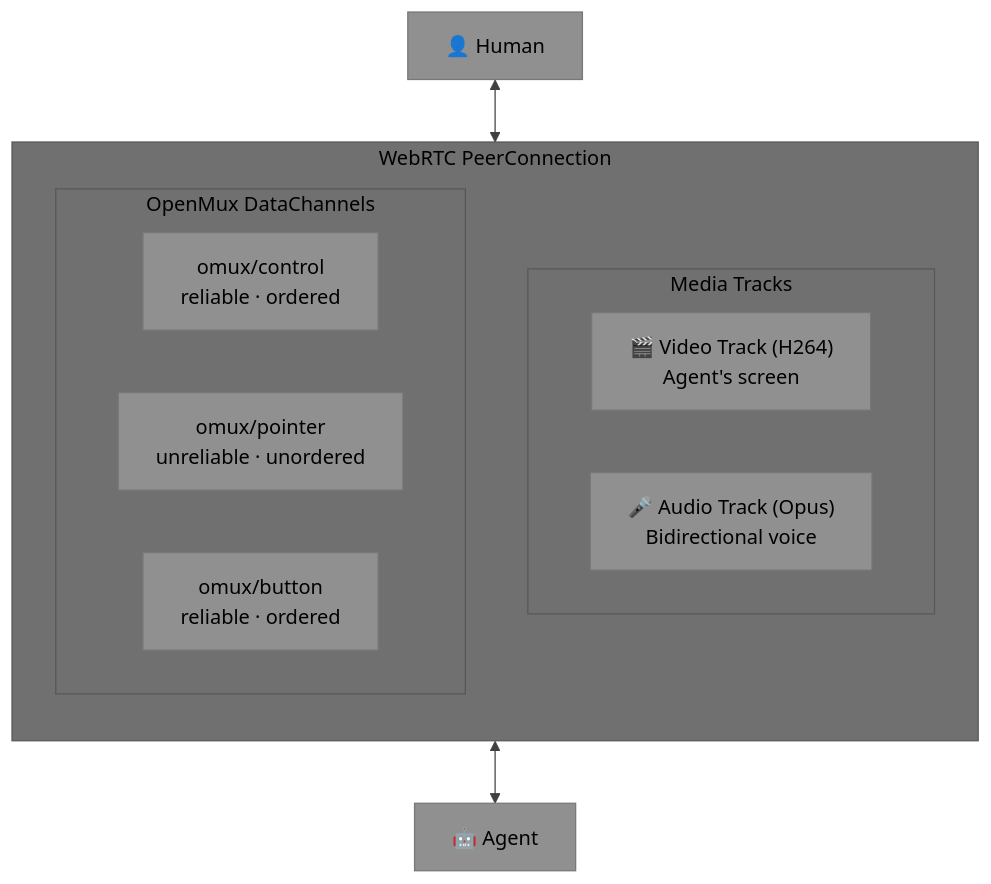
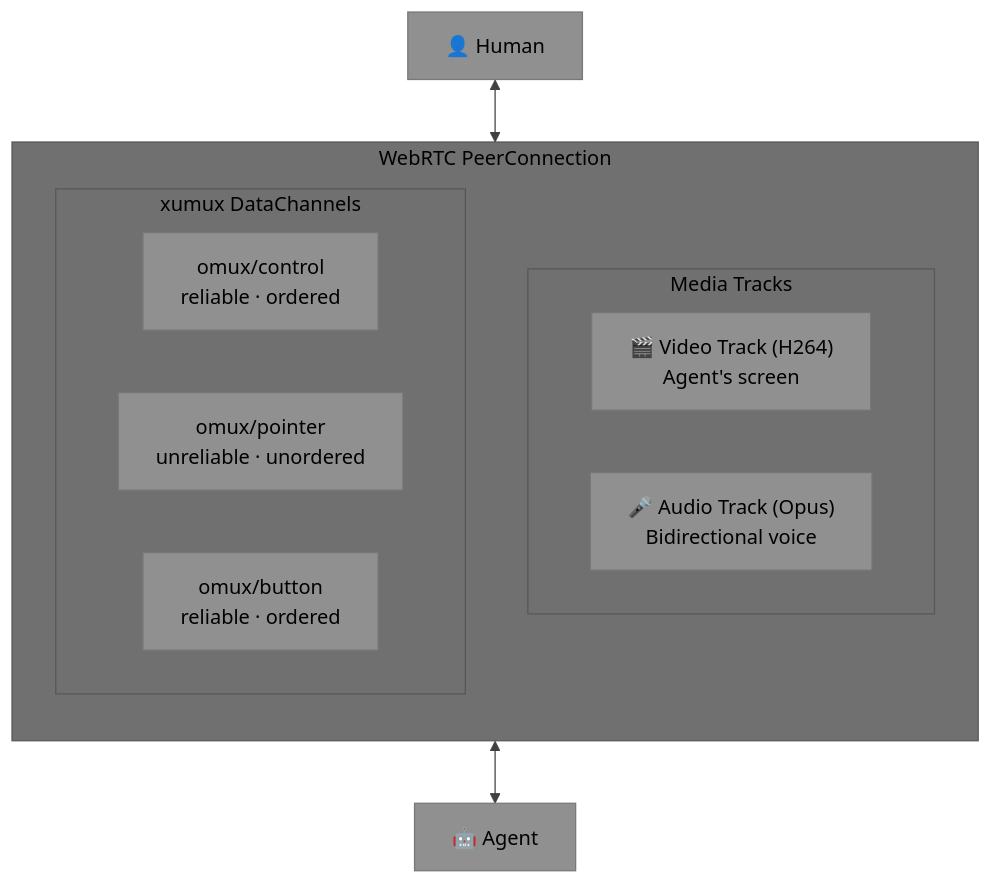
One commit to deftai/vroom changed the first of 23 diagrams in VROOM-Graphical.md. Above: the diagram before and after it, drawn with Mermaid. The commit also changed other lines of this file and 3 other files, not shown here.

First line of the commit message:
docs: rename OpenMux to xumux and update links to xumux.org

````diff
--- a/VROOM-Graphical.md
+++ b/VROOM-Graphical.md
@@ -18,21 +18,21 @@
 ```mermaid
 %%{init: {'theme': 'base', 'themeVariables': {'primaryTextColor': '#000000', 'secondaryTextColor': '#000000', 'tertiaryTextColor': '#000000', 'noteTextColor': '#000000', 'primaryColor': '#909090', 'secondaryColor': '#808080', 'tertiaryColor': '#707070', 'lineColor': '#404040'}}}%%
 graph TB
     subgraph PC["WebRTC PeerConnection"]
         direction TB
 
         subgraph Media["Media Tracks"]
             V["🎬 Video Track (H264)<br/>Agent's screen"]
             AU["🎤 Audio Track (Opus)<br/>Bidirectional voice"]
         end
 
-        subgraph Data["OpenMux DataChannels"]
+        subgraph Data["xumux DataChannels"]
             DC1["omux/control<br/>reliable · ordered"]
             DC2["omux/pointer<br/>unreliable · unordered"]
             DC3["omux/button<br/>reliable · ordered"]
         end
     end
 
     H["👤 Human"] <--> PC
     PC <--> A["🤖 Agent"]
 ```
````
